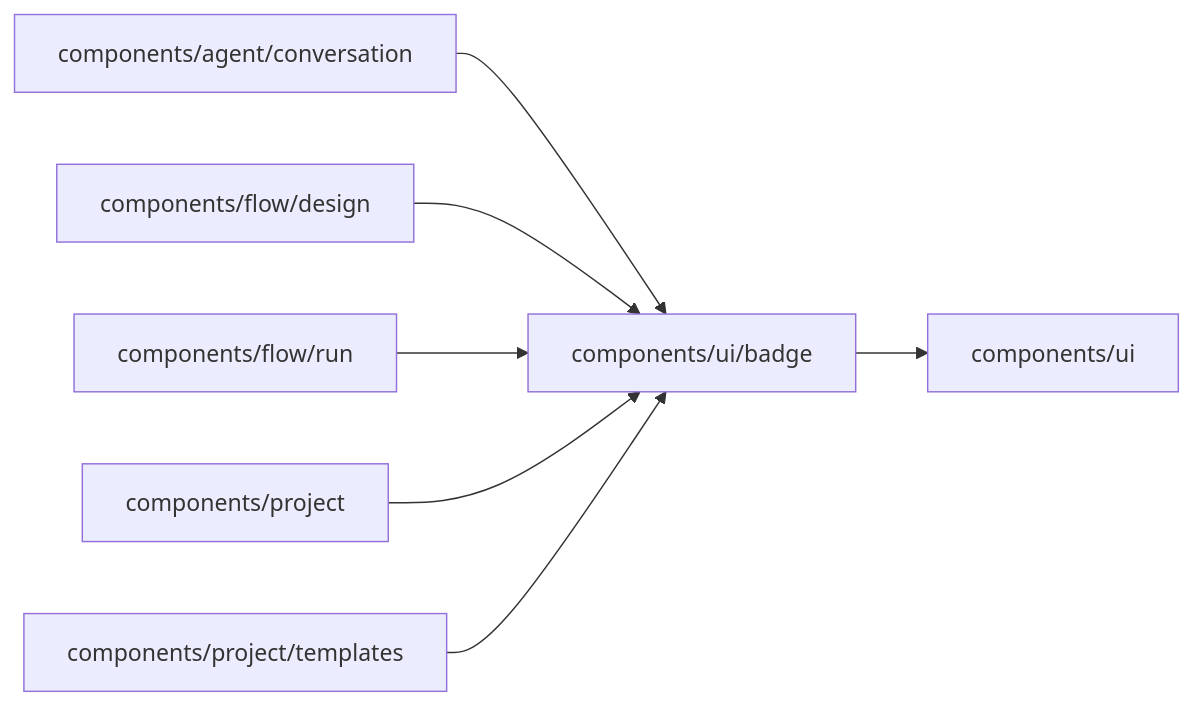
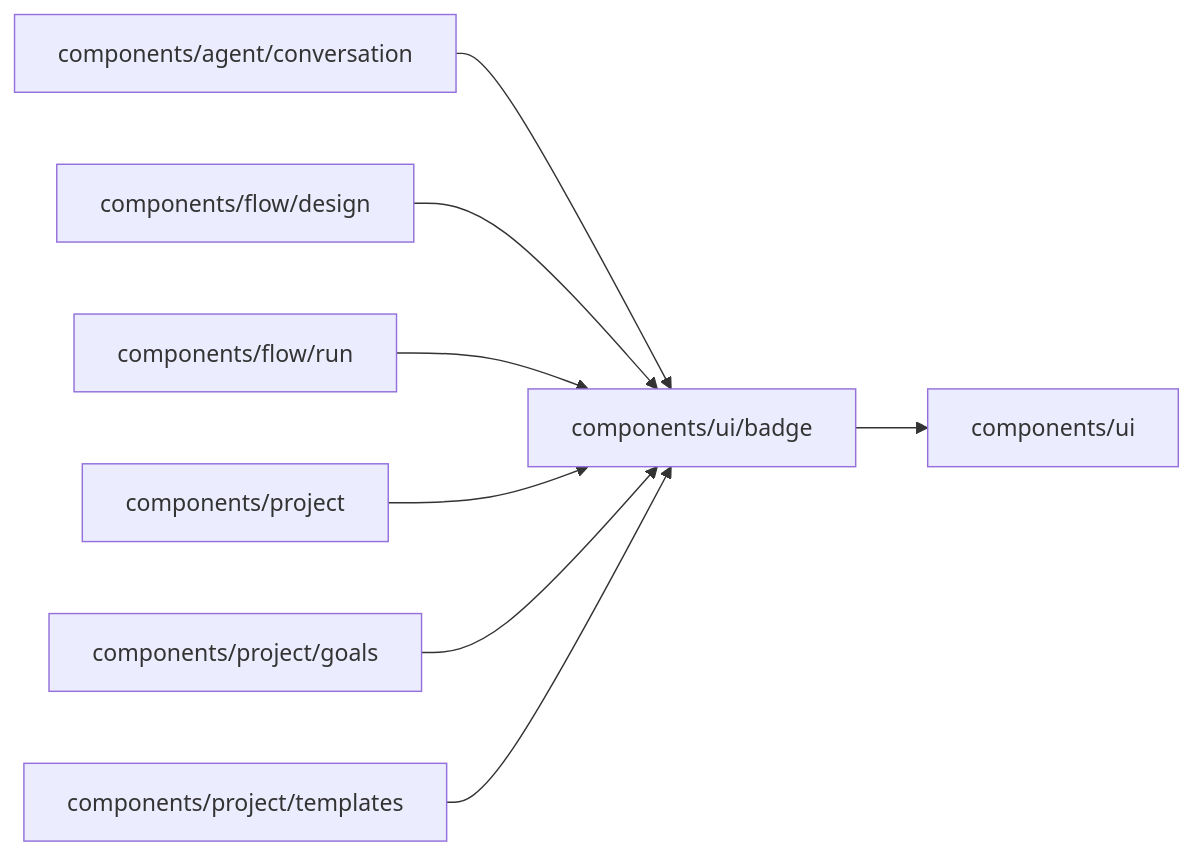
The diagram in web/studio/components/ui/badge/README.md (superdurable/superverse), drawn with Mermaid before and after one commit. The commit also changed other lines of this file and 145 other files, not shown here.

````diff
--- a/web/studio/components/ui/badge/README.md
+++ b/web/studio/components/ui/badge/README.md
@@ -10,10 +10,11 @@
 ```mermaid
 flowchart LR
   self["components/ui/badge"]
   c0["components/agent/conversation"] --> self
   c1["components/flow/design"] --> self
   c2["components/flow/run"] --> self
   c3["components/project"] --> self
-  c4["components/project/templates"] --> self
+  c4["components/project/goals"] --> self
+  c5["components/project/templates"] --> self
   self --> d0["components/ui"]
 ```
````
